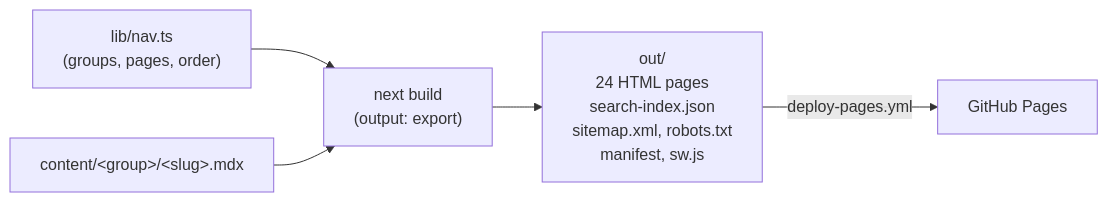
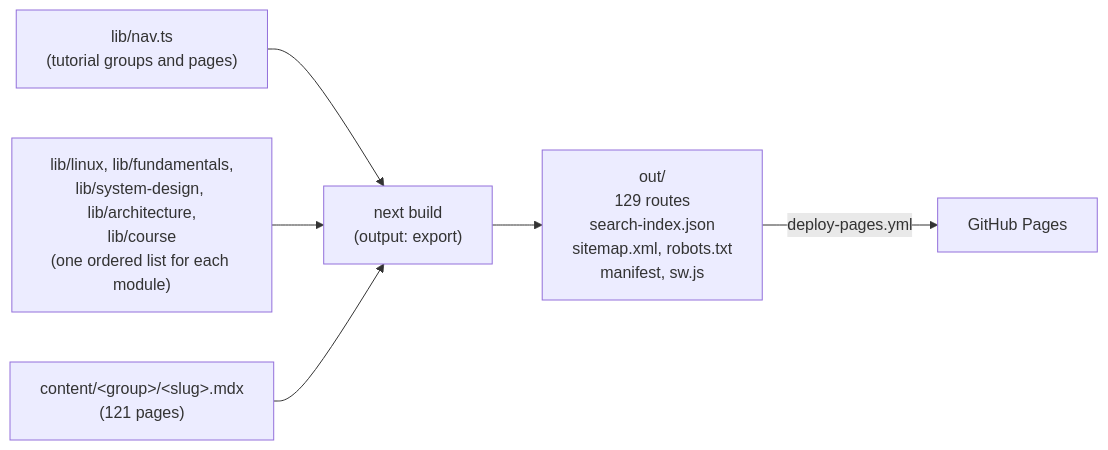
The diagram in docs/ARCHITECTURE.md (kawsar-95/ai-testing-guide), drawn with Mermaid before and after one commit. The commit also changed other lines of this file and 36 other files, not shown here.

````diff
--- a/docs/ARCHITECTURE.md
+++ b/docs/ARCHITECTURE.md
@@ -9,13 +9,15 @@
 ```mermaid
 flowchart LR
-  nav["lib/nav.ts<br/>(groups, pages, order)"]
-  mdx["content/&lt;group&gt;/&lt;slug&gt;.mdx"]
+  nav["lib/nav.ts<br/>(tutorial groups and pages)"]
+  mods["lib/linux, lib/fundamentals,<br/>lib/system-design, lib/architecture,<br/>lib/course<br/>(one ordered list for each module)"]
+  mdx["content/&lt;group&gt;/&lt;slug&gt;.mdx<br/>(121 pages)"]
   build["next build<br/>(output: export)"]
-  out["out/<br/>24 HTML pages<br/>search-index.json<br/>sitemap.xml, robots.txt<br/>manifest, sw.js"]
+  out["out/<br/>129 routes<br/>search-index.json<br/>sitemap.xml, robots.txt<br/>manifest, sw.js"]
   pages["GitHub Pages"]
 
   nav --> build
+  mods --> build
   mdx --> build
   build --> out
   out -->|deploy-pages.yml| pages
 ```
````
